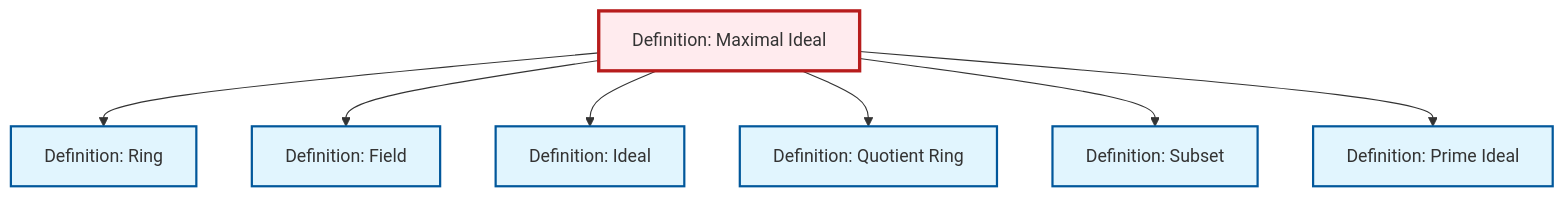
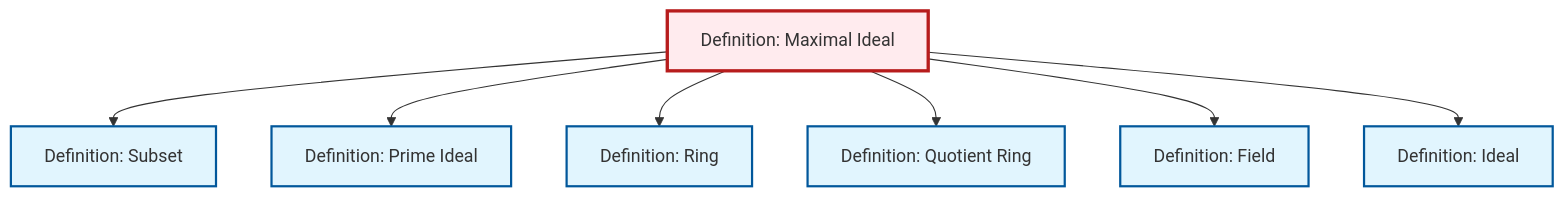
The diagram in content/en/algebra/def-maximal-ideal.qmd (RK0429/ModernMath), drawn with Mermaid before and after one commit. The commit also changed other lines of this file and 1012 other files, not shown here.

````diff
--- a/content/en/algebra/def-maximal-ideal.qmd
+++ b/content/en/algebra/def-maximal-ideal.qmd
@@ -94,29 +94,29 @@
 ```{mermaid}
 %%| fig-cap: "Local dependency graph"
 graph TD
     classDef definition fill:#e1f5fe,stroke:#01579b,stroke-width:2px
     classDef theorem fill:#f3e5f5,stroke:#4a148c,stroke-width:2px
     classDef axiom fill:#fff3e0,stroke:#e65100,stroke-width:2px
     classDef example fill:#e8f5e9,stroke:#1b5e20,stroke-width:2px
     classDef current fill:#ffebee,stroke:#b71c1c,stroke-width:3px
+    def-field["Definition: Field"]:::definition
+    def-ring["Definition: Ring"]:::definition
+    def-maximal-ideal["Definition: Maximal Ideal"]:::definition
+    def-subset["Definition: Subset"]:::definition
     def-prime-ideal["Definition: Prime Ideal"]:::definition
+    def-quotient-ring["Definition: Quotient Ring"]:::definition
     def-ideal["Definition: Ideal"]:::definition
-    def-maximal-ideal["Definition: Maximal Ideal"]:::definition
-    def-field["Definition: Field"]:::definition
-    def-quotient-ring["Definition: Quotient Ring"]:::definition
-    def-ring["Definition: Ring"]:::definition
-    def-subset["Definition: Subset"]:::definition
+    def-maximal-ideal --> def-subset
+    def-maximal-ideal --> def-prime-ideal
     def-maximal-ideal --> def-ring
+    def-maximal-ideal --> def-quotient-ring
     def-maximal-ideal --> def-field
     def-maximal-ideal --> def-ideal
-    def-maximal-ideal --> def-quotient-ring
-    def-maximal-ideal --> def-subset
-    def-maximal-ideal --> def-prime-ideal
     class def-maximal-ideal current
-    click def-prime-ideal "def-prime-ideal.html" "Go to Prime Ideal definition"
-    click def-ideal "def-ideal.html" "Go to Ideal definition"
     click def-field "def-field.html" "Go to Field definition"
-    click def-quotient-ring "def-quotient-ring.html" "Go to Quotient Ring definition"
     click def-ring "def-ring.html" "Go to Ring definition"
     click def-subset "def-subset.html" "Go to Subset definition"
+    click def-prime-ideal "def-prime-ideal.html" "Go to Prime Ideal definition"
+    click def-quotient-ring "def-quotient-ring.html" "Go to Quotient Ring definition"
+    click def-ideal "def-ideal.html" "Go to Ideal definition"
 ```
````
